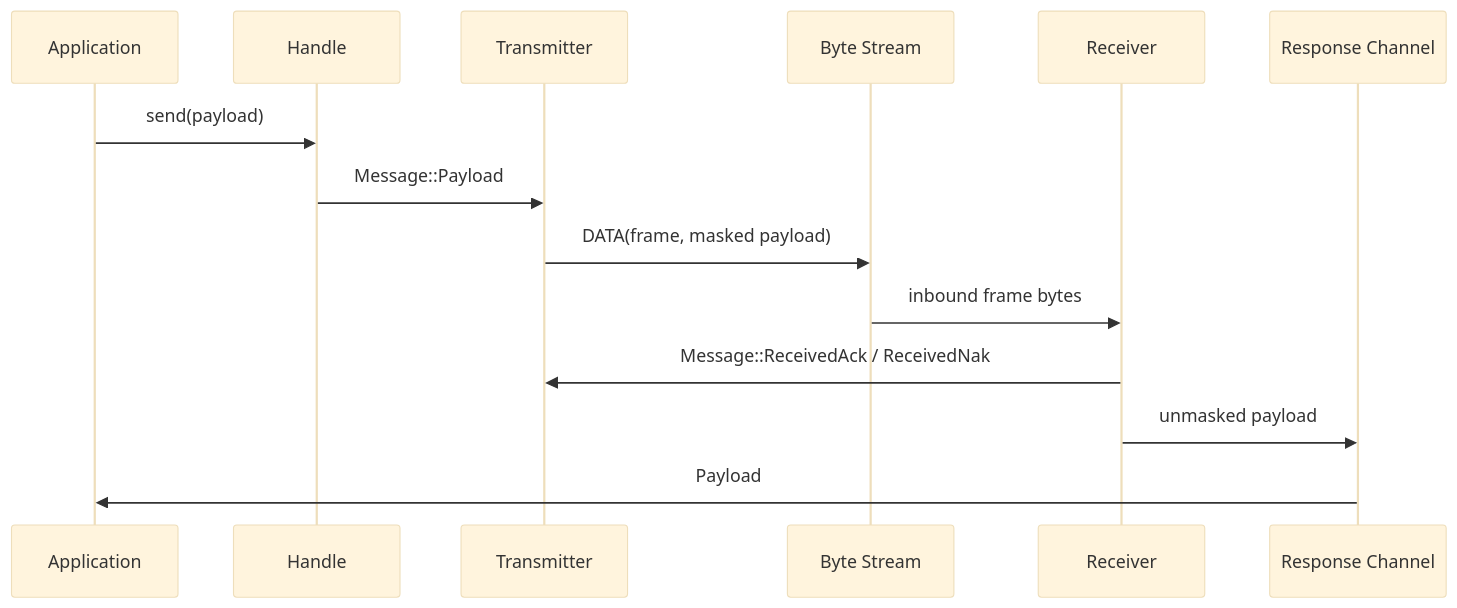
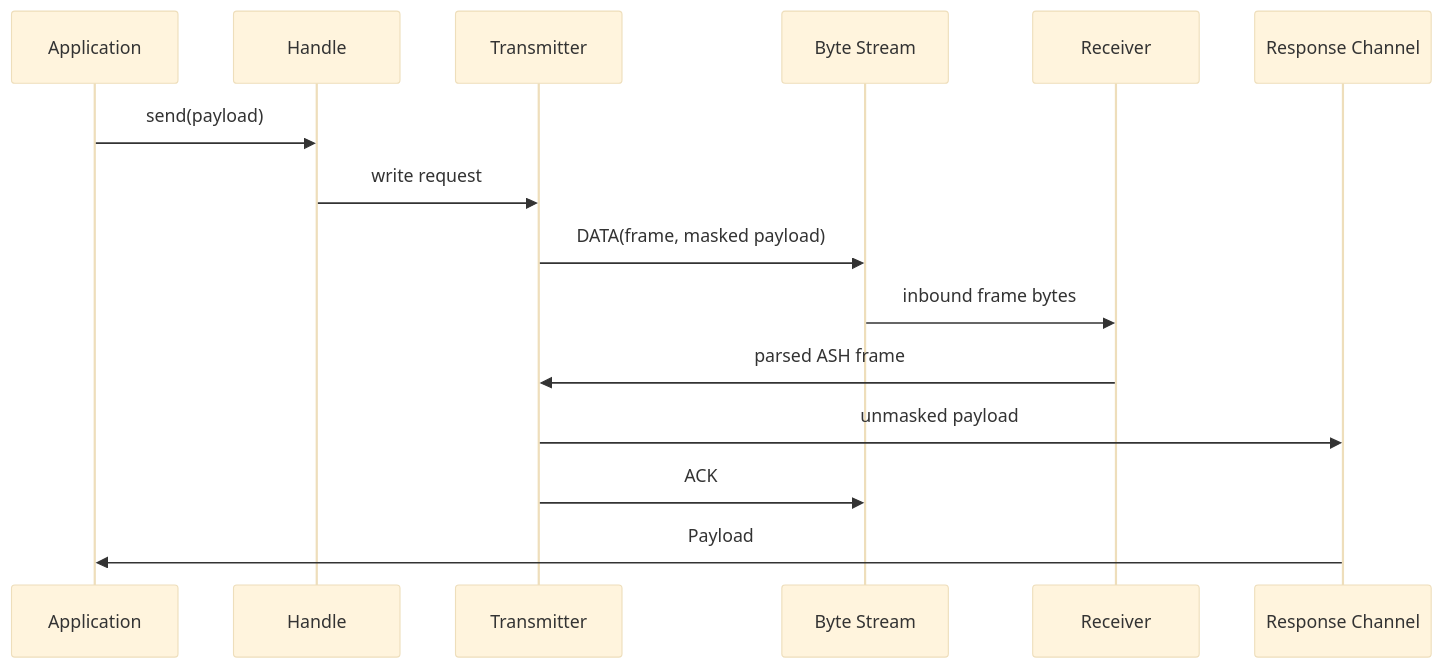
Before and after one commit to PaulmannLighting/ashv2: the third of 6 diagrams in ARCHITECTURE.md, drawn with Mermaid (base theme). The commit also changed other lines of this file and 18 other files, not shown here.

````diff
--- a/ARCHITECTURE.md
+++ b/ARCHITECTURE.md
@@ -126,17 +127,18 @@
 ```mermaid
 sequenceDiagram
     participant A as Application
     participant H as Handle
     participant T as Transmitter
     participant S as Byte Stream
     participant R as Receiver
     participant Q as Response Channel
 
     A->>H: send(payload)
-    H->>T: Message::Payload
+    H->>T: write request
     T->>S: DATA(frame, masked payload)
     S->>R: inbound frame bytes
-    R->>T: Message::ReceivedAck / ReceivedNak
-    R->>Q: unmasked payload
+    R->>T: parsed ASH frame
+    T->>Q: unmasked payload
+    T->>S: ACK
     Q->>A: Payload
 ```
````
